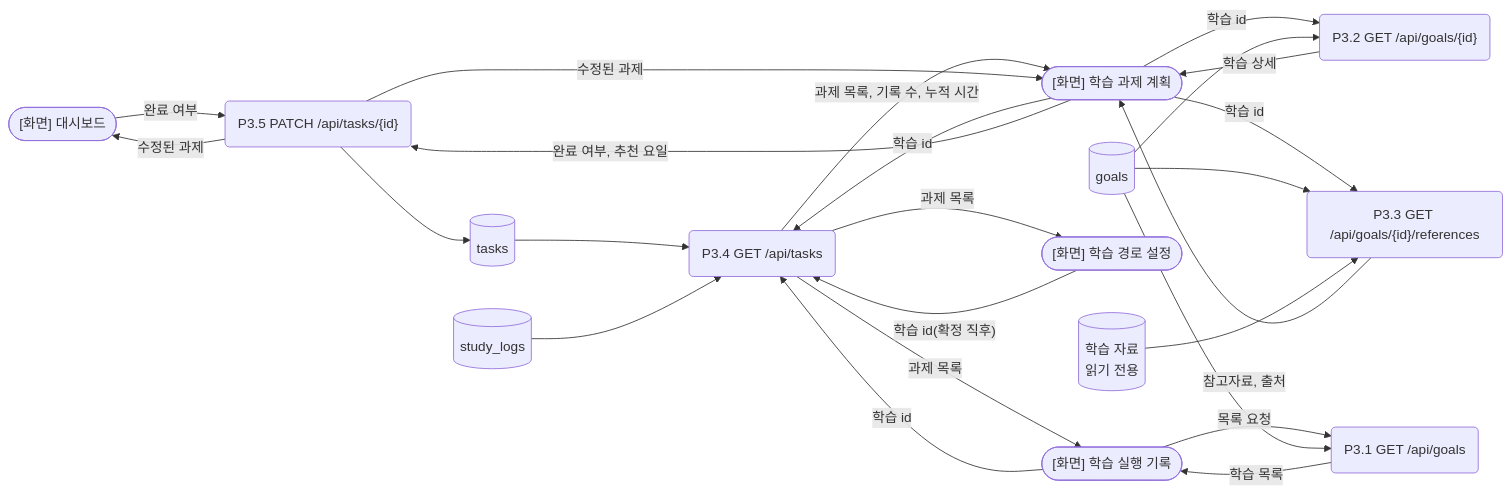
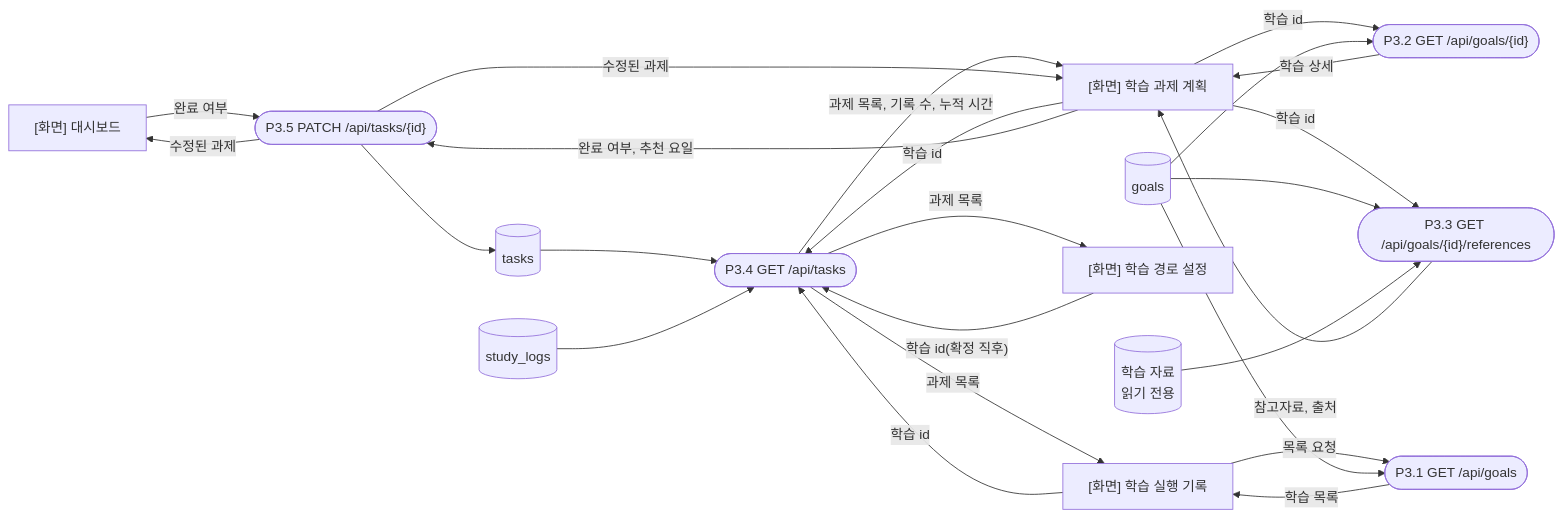
Before and after one commit to yong05610/ai-n-fprj: the sixth of 12 diagrams in docs/architecture_dfd.md, drawn with Mermaid. The commit also changed other lines of this file, not shown here.

````diff
--- a/docs/architecture_dfd.md
+++ b/docs/architecture_dfd.md
@@ -230,40 +230,40 @@
 ```mermaid
 flowchart LR
-    S1(["[화면] 대시보드"])
-    S2(["[화면] 학습 과제 계획"])
-    S3(["[화면] 학습 실행 기록"])
-    S4(["[화면] 학습 경로 설정"])
-    P31("P3.1 GET /api/goals")
-    P32("P3.2 GET /api/goals/{id}")
-    P33("P3.3 GET /api/goals/{id}/references")
-    P34("P3.4 GET /api/tasks")
-    P35("P3.5 PATCH /api/tasks/{id}")
+    S1["[화면] 대시보드"]
+    S2["[화면] 학습 과제 계획"]
+    S3["[화면] 학습 실행 기록"]
+    S4["[화면] 학습 경로 설정"]
+    P31(["P3.1 GET /api/goals"])
+    P32(["P3.2 GET /api/goals/{id}"])
+    P33(["P3.3 GET /api/goals/{id}/references"])
+    P34(["P3.4 GET /api/tasks"])
+    P35(["P3.5 PATCH /api/tasks/{id}"])
     DG[("goals")]
     DT[("tasks")]
     DL[("study_logs")]
     DD[("학습 자료<br/>읽기 전용")]
 
     S3 -->|"목록 요청"| P31
     DG --> P31
     P31 -->|"학습 목록"| S3
     S2 -->|"학습 id"| P32
     DG --> P32
     P32 -->|"학습 상세"| S2
     S2 -->|"학습 id"| P33
     DG --> P33
     DD --> P33
     P33 -->|"참고자료, 출처"| S2
     S2 -->|"학습 id"| P34
     S3 -->|"학습 id"| P34
     S4 -->|"학습 id(확정 직후)"| P34
     DT --> P34
     DL --> P34
     P34 -->|"과제 목록, 기록 수, 누적 시간"| S2
     P34 -->|"과제 목록"| S3
     P34 -->|"과제 목록"| S4
     S1 -->|"완료 여부"| P35
     S2 -->|"완료 여부, 추천 요일"| P35
     P35 --> DT
     P35 -->|"수정된 과제"| S1
     P35 -->|"수정된 과제"| S2
 ```
````
